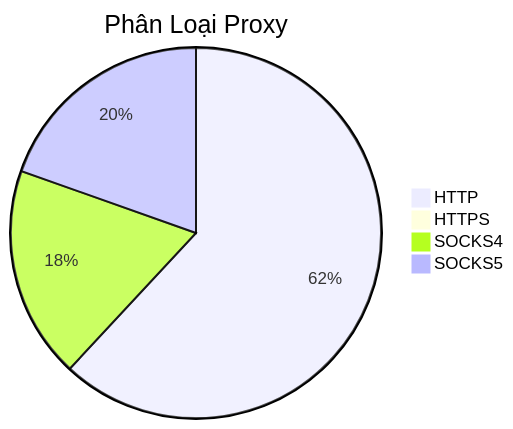
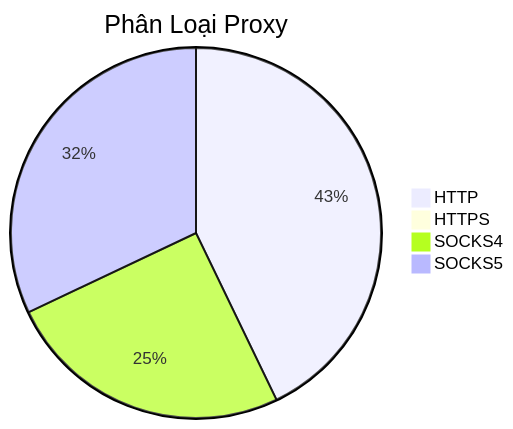
Before and after one commit to Ciara-12/PROXY-free: the diagram in README.md, drawn with Mermaid. The commit also changed other lines of this file and 4 other files, not shown here.

````diff
--- a/README.md
+++ b/README.md
@@ -26,7 +26,7 @@
 ```mermaid
 pie title Phân Loại Proxy
-    "HTTP" : 1031
-    "HTTPS" : 2
-    "SOCKS4" : 308
-    "SOCKS5" : 326
+    "HTTP" : 428
+    "HTTPS" : 1
+    "SOCKS4" : 251
+    "SOCKS5" : 320
 ```
````
